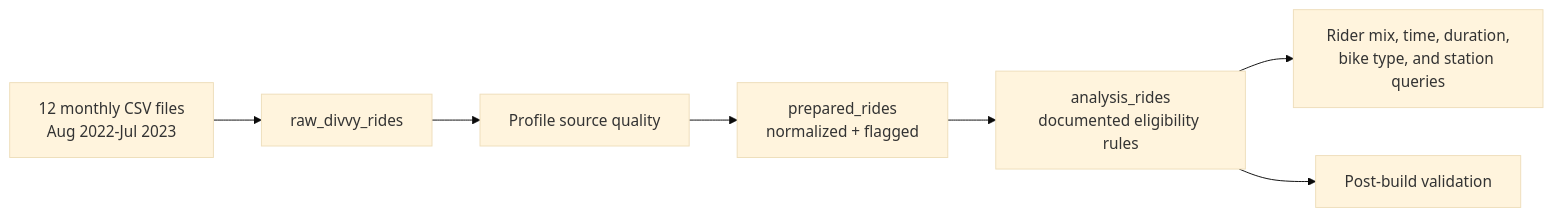
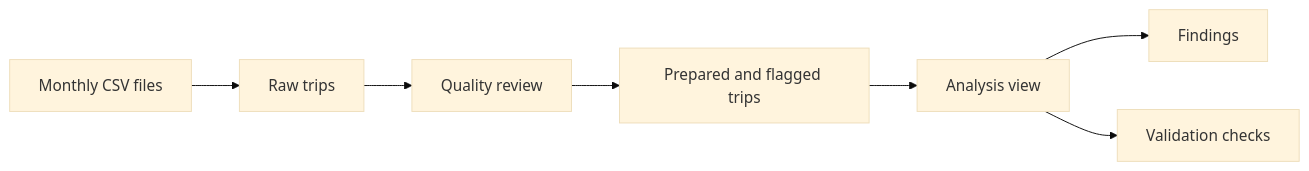
The diagram in README.md (mccruz/case_study_divvy), drawn with Mermaid (base theme) before and after one commit. The commit also changed other lines of this file, not shown here.

````diff
--- a/README.md
+++ b/README.md
@@ -32,9 +38,9 @@
 ```mermaid
 flowchart LR
-    A["12 monthly CSV files<br>Aug 2022-Jul 2023"] --> B["raw_divvy_rides"]
-    B --> C["Profile source quality"]
-    C --> D["prepared_rides<br>normalized + flagged"]
-    D --> E["analysis_rides<br>documented eligibility rules"]
-    E --> F["Rider mix, time, duration,<br>bike type, and station queries"]
-    E --> G["Post-build validation"]
+    A[Monthly CSV files] --> B[Raw trips]
+    B --> C[Quality review]
+    C --> D[Prepared and flagged trips]
+    D --> E[Analysis view]
+    E --> F[Findings]
+    E --> G[Validation checks]
 ```
````
